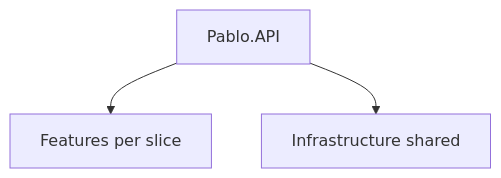
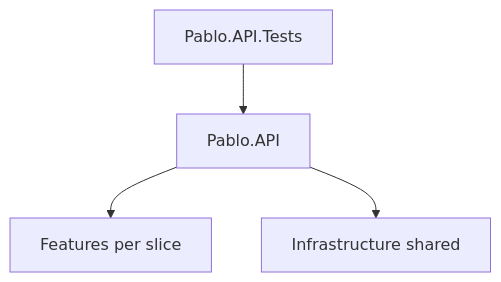
One commit to ThomasRbn/Pablo changed the diagram in pablo/AGENTS.md. Above: the diagram before and after it, drawn with Mermaid. The commit also changed other lines of this file and 6 other files, not shown here.

First line of the commit message:
feat: scaffold Pablo.API.Tests with health smoke coverage

````diff
--- a/pablo/AGENTS.md
+++ b/pablo/AGENTS.md
@@ -15,8 +16,10 @@
 ```mermaid
 flowchart TB
   API[Pablo.API]
+  Tests[Pablo.API.Tests]
   Features[Features per slice]
   Infra[Infrastructure shared]
   API --> Features
   API --> Infra
+  Tests --> API
 ```
````
